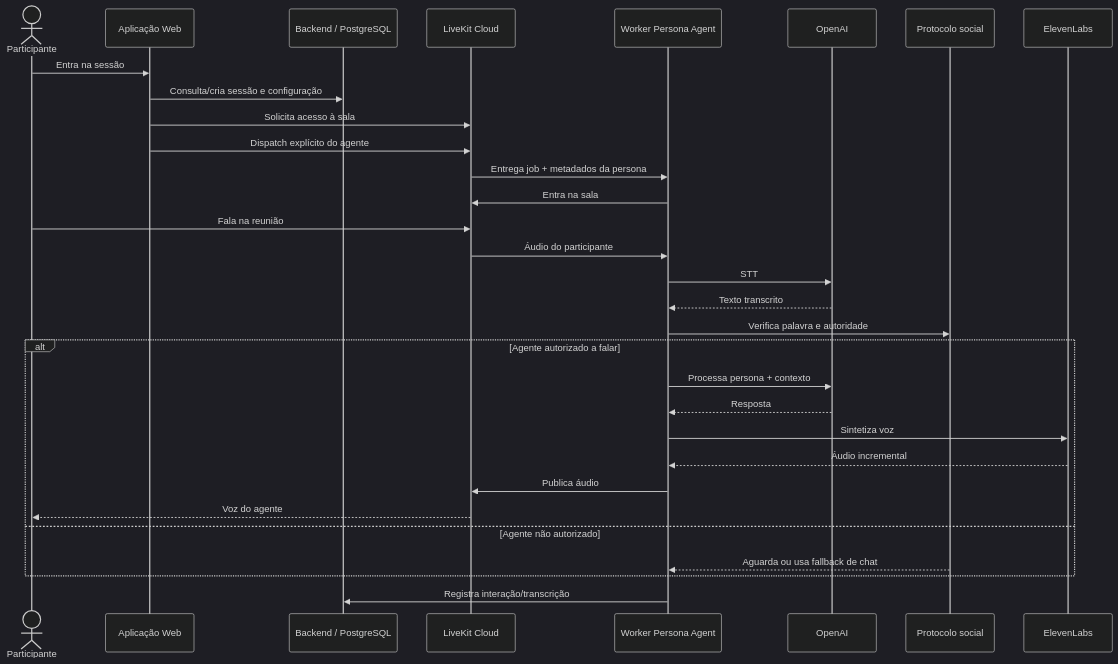
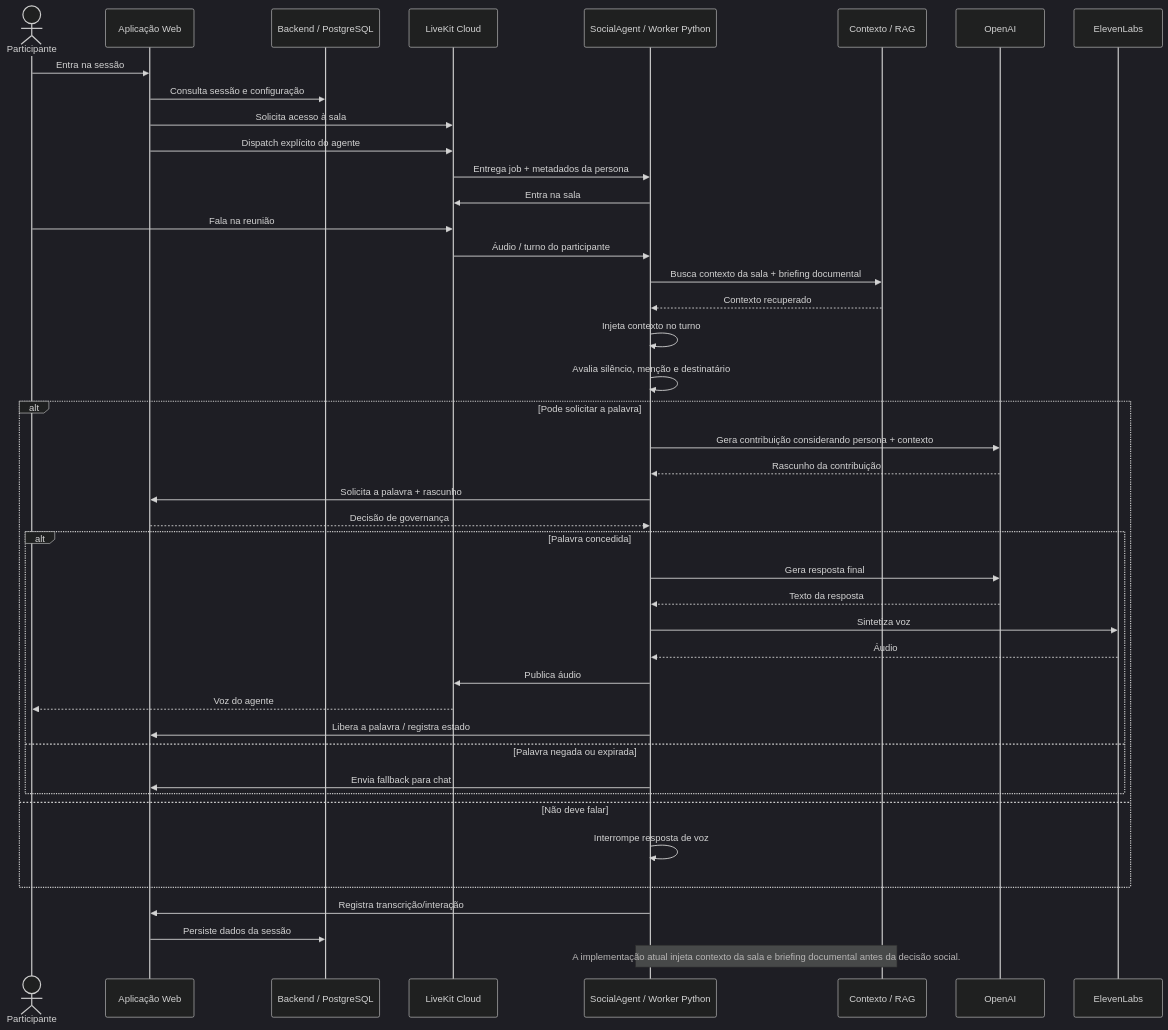
One commit to RicardoKerr/kaelle-diagrams-as-code changed the diagram in diagrams/critical-journey.mmd. Above: the diagram before and after it, drawn with Mermaid (dark theme).

Commit message:
refactor: model social protocol and context retrieval

```diff
--- a/diagrams/critical-journey.mmd
+++ b/diagrams/critical-journey.mmd
@@ -1,35 +1,49 @@
 sequenceDiagram
     actor P as Participante
     participant W as Aplicação Web
     participant D as Backend / PostgreSQL
     participant L as LiveKit Cloud
-    participant A as Worker Persona Agent
+    participant A as SocialAgent / Worker Python
+    participant C as Contexto / RAG
     participant O as OpenAI
-    participant G as Protocolo social
     participant E as ElevenLabs
 
     P->>W: Entra na sessão
-    W->>D: Consulta/cria sessão e configuração
+    W->>D: Consulta sessão e configuração
     W->>L: Solicita acesso à sala
     W->>L: Dispatch explícito do agente
     L->>A: Entrega job + metadados da persona
     A->>L: Entra na sala
 
     P->>L: Fala na reunião
-    L->>A: Áudio do participante
-    A->>O: STT
-    O-->>A: Texto transcrito
-    A->>G: Verifica palavra e autoridade
+    L->>A: Áudio / turno do participante
+    A->>C: Busca contexto da sala + briefing documental
+    C-->>A: Contexto recuperado
+    A->>A: Injeta contexto no turno
+    A->>A: Avalia silêncio, menção e destinatário
 
-    alt Agente autorizado a falar
-        A->>O: Processa persona + contexto
-        O-->>A: Resposta
-        A->>E: Sintetiza voz
-        E-->>A: Áudio incremental
-        A->>L: Publica áudio
-        L-->>P: Voz do agente
-    else Agente não autorizado
-        G-->>A: Aguarda ou usa fallback de chat
+    alt Pode solicitar a palavra
+        A->>O: Gera contribuição considerando persona + contexto
+        O-->>A: Rascunho da contribuição
+        A->>W: Solicita a palavra + rascunho
+        W-->>A: Decisão de governança
+
+        alt Palavra concedida
+            A->>O: Gera resposta final
+            O-->>A: Texto da resposta
+            A->>E: Sintetiza voz
+            E-->>A: Áudio
+            A->>L: Publica áudio
+            L-->>P: Voz do agente
+            A->>W: Libera a palavra / registra estado
+        else Palavra negada ou expirada
+            A->>W: Envia fallback para chat
+        end
+    else Não deve falar
+        A->>A: Interrompe resposta de voz
     end
 
-    A->>D: Registra interação/transcrição
+    A->>W: Registra transcrição/interação
+    W->>D: Persiste dados da sessão
+
+    Note over A,C: A implementação atual injeta contexto da sala e briefing documental antes da decisão social.
```
